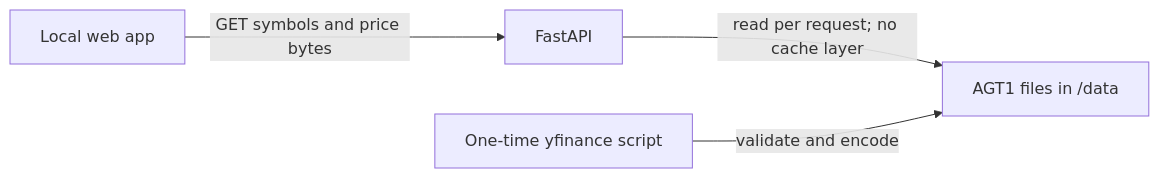
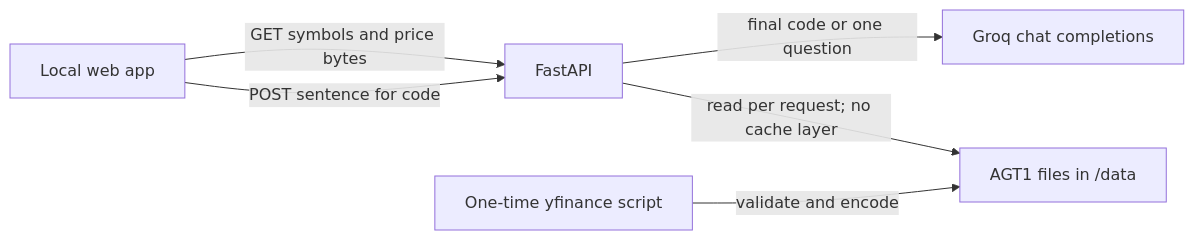
Before and after one commit to YashOnGit7/AlgoTrace: the diagram in api/README.md, drawn with Mermaid. The commit also changed other lines of this file and 34 other files, not shown here.

````diff
--- a/api/README.md
+++ b/api/README.md
@@ -6,6 +6,8 @@
 ```mermaid
 flowchart LR
   Browser[Local web app] -->|GET symbols and price bytes| API[FastAPI]
+  Browser -->|POST sentence for code| API
+  API -->|final code or one question| Groq[Groq chat completions]
   API -->|read per request; no cache layer| Files[AGT1 files in /data]
   Downloader[One-time yfinance script] -->|validate and encode| Files
 ```
````
